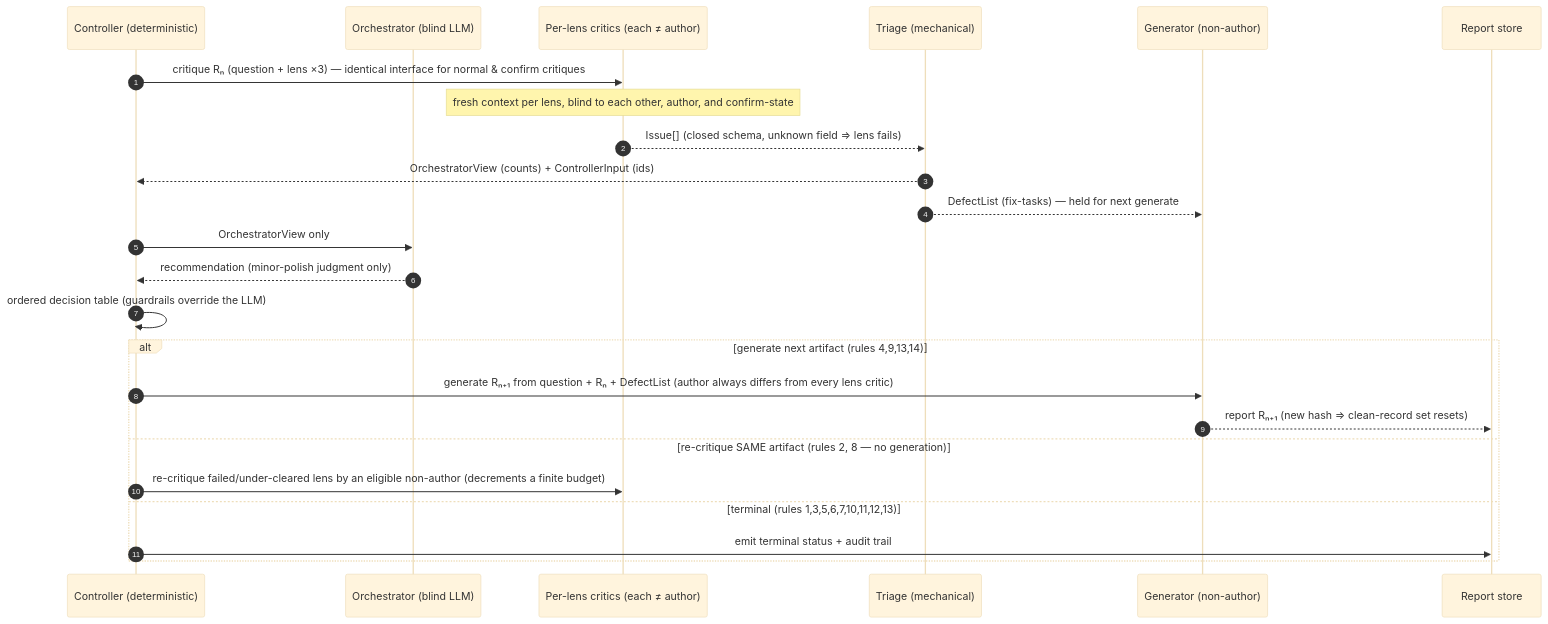
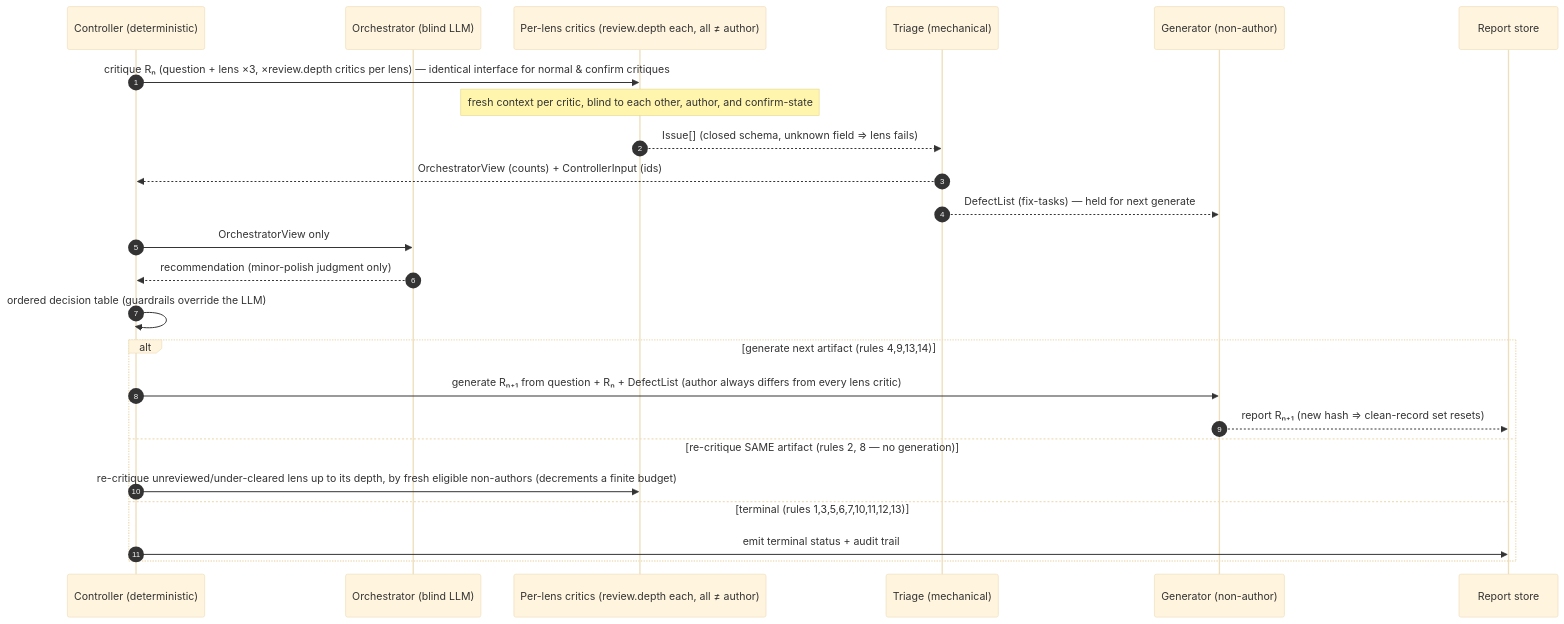
The fifth of 5 diagrams in docs/architecture.md (NickBorgers/reasonable-answer), drawn with Mermaid (base theme) before and after one commit. The commit also changed other lines of this file and 18 other files, not shown here.

First line of the commit message:
feat(critique): run two independent critics per lens on every draft (D-front-loaded-depth)

````diff
--- a/docs/architecture.md
+++ b/docs/architecture.md
@@ -285,27 +300,27 @@
 ```mermaid
 sequenceDiagram
     autonumber
     participant C as Controller (deterministic)
     participant O as Orchestrator (blind LLM)
-    participant K as Per-lens critics (each ≠ author)
+    participant K as Per-lens critics (review.depth each, all ≠ author)
     participant T as Triage (mechanical)
     participant G as Generator (non-author)
     participant S as Report store
 
-    C->>K: critique Rₙ (question + lens ×3) — identical interface for normal & confirm critiques
-    Note over K: fresh context per lens, blind to each other, author, and confirm-state
+    C->>K: critique Rₙ (question + lens ×3, ×review.depth critics per lens) — identical interface for normal & confirm critiques
+    Note over K: fresh context per critic, blind to each other, author, and confirm-state
     K-->>T: Issue[] (closed schema, unknown field ⇒ lens fails)
     T-->>C: OrchestratorView (counts) + ControllerInput (ids)
     T-->>G: DefectList (fix-tasks) — held for next generate
     C->>O: OrchestratorView only
     O-->>C: recommendation (minor-polish judgment only)
     C->>C: ordered decision table (guardrails override the LLM)
     alt generate next artifact (rules 4,9,13,14)
         C->>G: generate Rₙ₊₁ from question + Rₙ + DefectList (author always differs from every lens critic)
         G-->>S: report Rₙ₊₁ (new hash ⇒ clean-record set resets)
     else re-critique SAME artifact (rules 2, 8 — no generation)
-        C->>K: re-critique failed/under-cleared lens by an eligible non-author (decrements a finite budget)
+        C->>K: re-critique unreviewed/under-cleared lens up to its depth, by fresh eligible non-authors (decrements a finite budget)
     else terminal (rules 1,3,5,6,7,10,11,12,13)
         C->>S: emit terminal status + audit trail
     end
 ```
````
